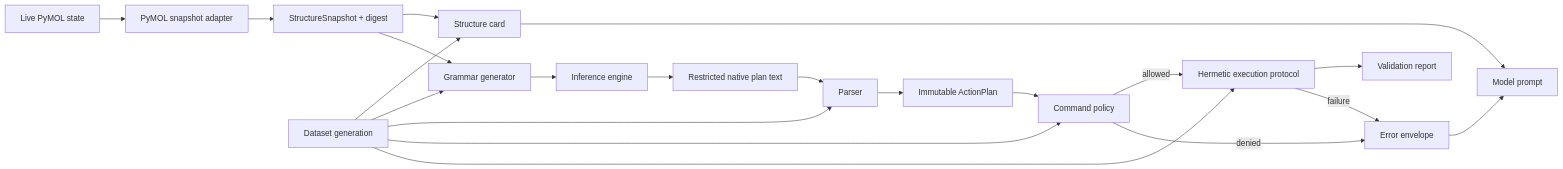
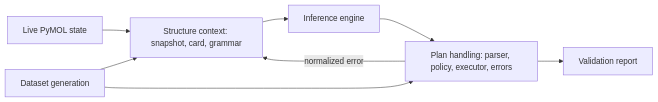
Before and after one commit to urban233/pymol-copilot: the diagram in docs/codev/design/shared-core/design.md, drawn with Mermaid. The commit also changed other lines of this file and 61 other files, not shown here.

````diff
--- a/docs/codev/design/shared-core/design.md
+++ b/docs/codev/design/shared-core/design.md
@@ -106,24 +127,10 @@
 ```mermaid
 flowchart LR
-    LS[Live PyMOL state] --> PA[PyMOL snapshot adapter]
-    PA --> SS[StructureSnapshot + digest]
-    SS --> SC[Structure card]
-    SS --> GR[Grammar generator]
-    SC --> PR[Model prompt]
-    GR --> IE[Inference engine]
-    IE --> TXT[Restricted native plan text]
-    TXT --> PS[Parser]
-    PS --> AP[Immutable ActionPlan]
-    AP --> CP[Command policy]
-    CP -->|allowed| EX[Hermetic execution protocol]
-    CP -->|denied| EE[Error envelope]
-    EX --> VR[Validation report]
-    EX -->|failure| EE
-    EE --> PR
-
+    LS[Live PyMOL state] --> SC["Structure context: snapshot, card, grammar"]
+    SC --> IE[Inference engine]
+    IE --> PE["Plan handling: parser, policy, executor, errors"]
+    PE --> VR[Validation report]
+    PE -->|normalized error| SC
     DS[Dataset generation] --> SC
-    DS --> GR
-    DS --> PS
-    DS --> CP
-    DS --> EX
+    DS --> PE
 ```
````
